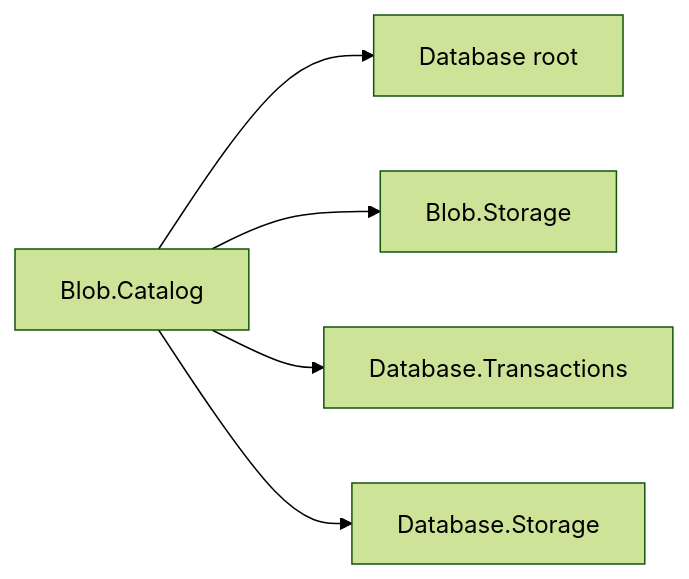
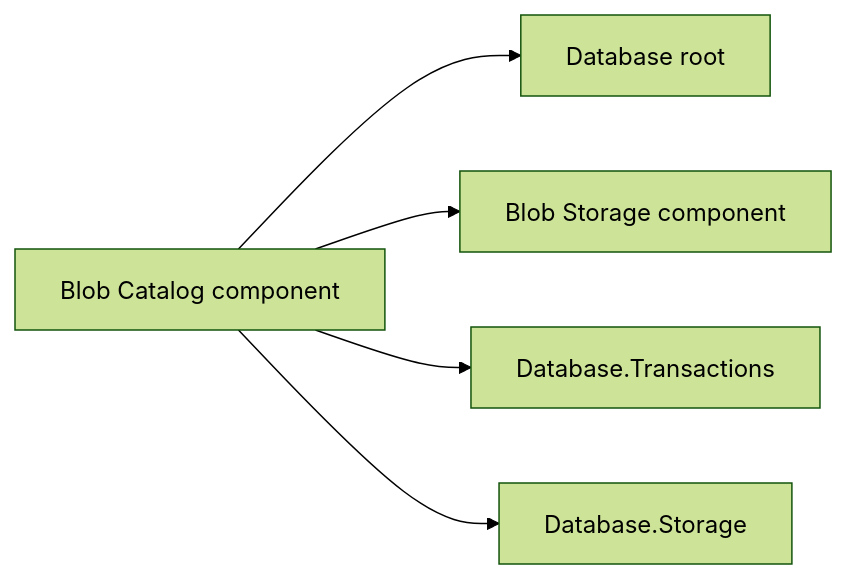
One commit to assimalign/cohesion changed the fifth of 7 diagrams in resources/Database/Assimalign.Cohesion.Database.Blob/docs/DESIGN.md. Above: the diagram before and after it, drawn with Mermaid (forest theme). The commit also changed other lines of this file and 15 other files, not shown here.

````diff
--- a/resources/Database/Assimalign.Cohesion.Database.Blob/docs/DESIGN.md
+++ b/resources/Database/Assimalign.Cohesion.Database.Blob/docs/DESIGN.md
@@ -1164,7 +1167,7 @@
 ```mermaid
 flowchart LR
-    Catalog["Blob.Catalog"] --> Root["Database root"]
-    Catalog --> BlobStorage["Blob.Storage"]
+    Catalog["Blob Catalog component"] --> Root["Database root"]
+    Catalog --> BlobStorage["Blob Storage component"]
     Catalog --> Transactions["Database.Transactions"]
     Catalog --> Storage["Database.Storage"]
 ```
````
